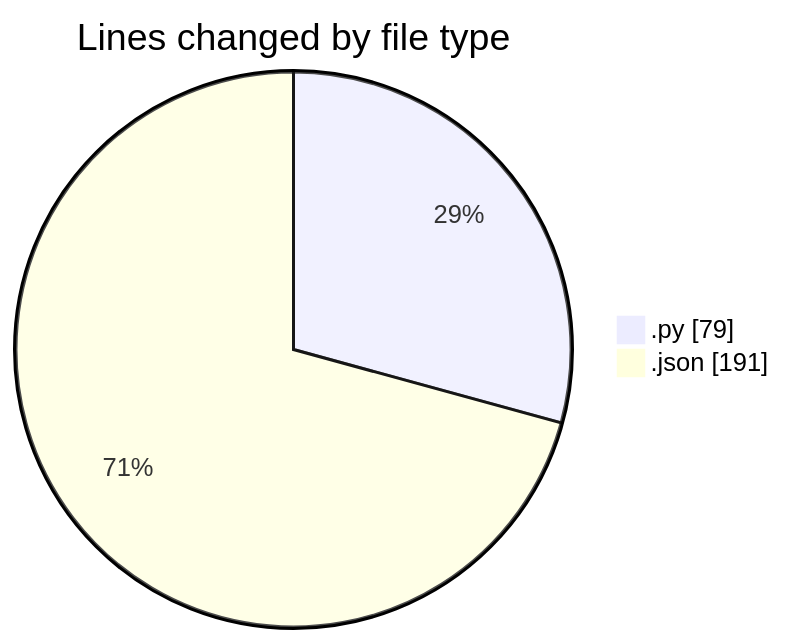
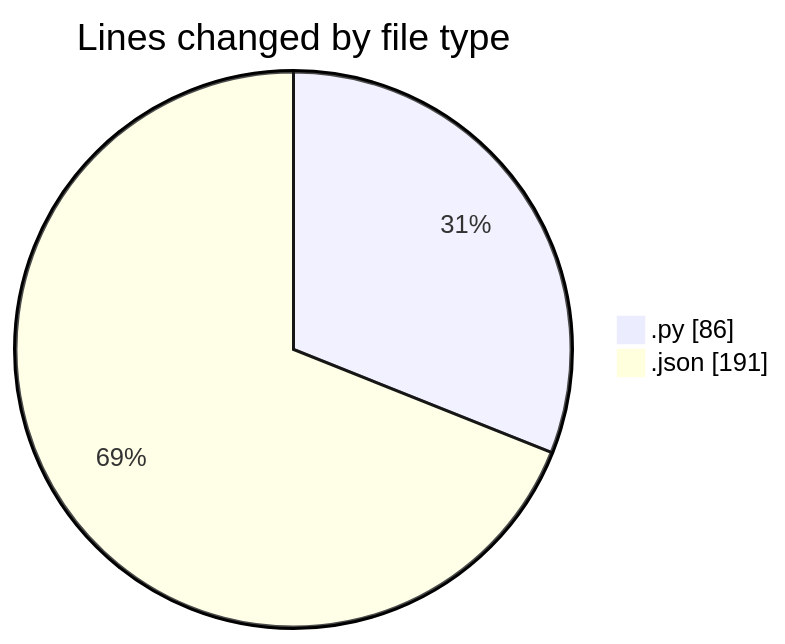
The first of 2 diagrams in 2025-04-23/synth_dist/README.md (trdunsworth/code-tracking), drawn with Mermaid before and after one commit. The commit also changed other lines of this file and 1 other file, not shown here.

````diff
--- a/2025-04-23/synth_dist/README.md
+++ b/2025-04-23/synth_dist/README.md
@@ -21,6 +21,6 @@
 ```mermaid
 pie showData
 title Lines changed by file type
-".py" : 79
+".py" : 86
 ".json" : 191
 ```
````
